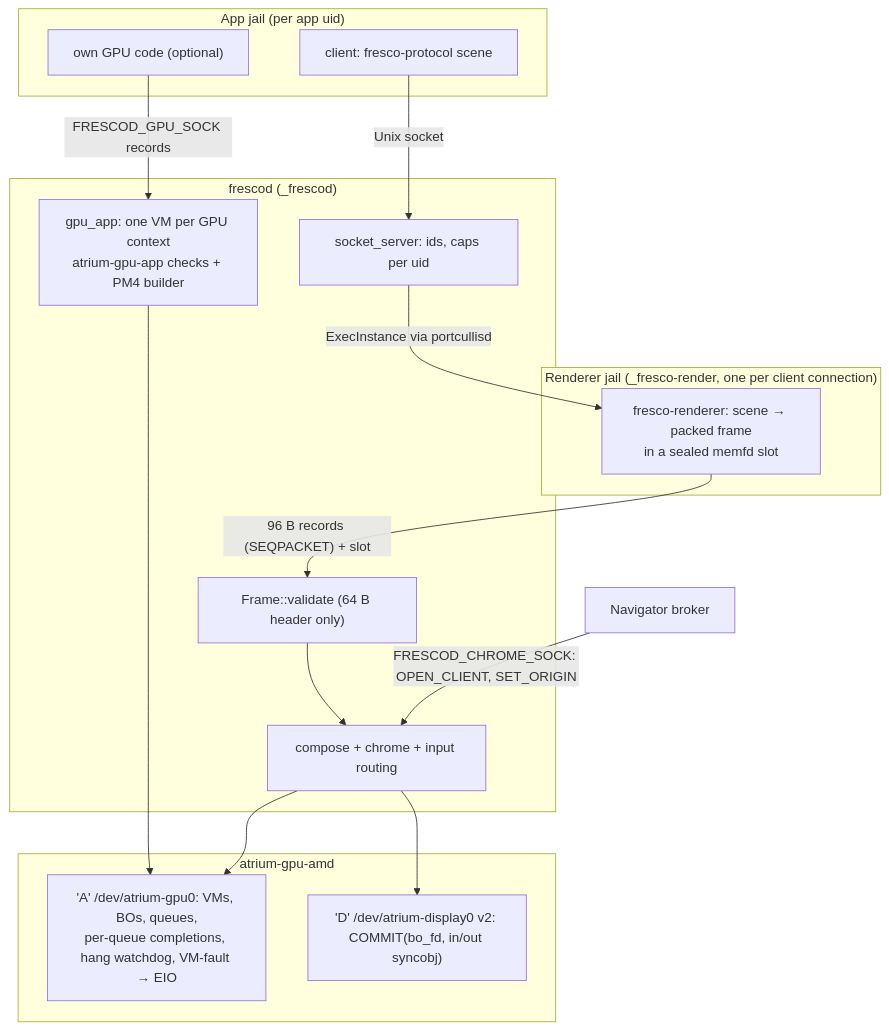
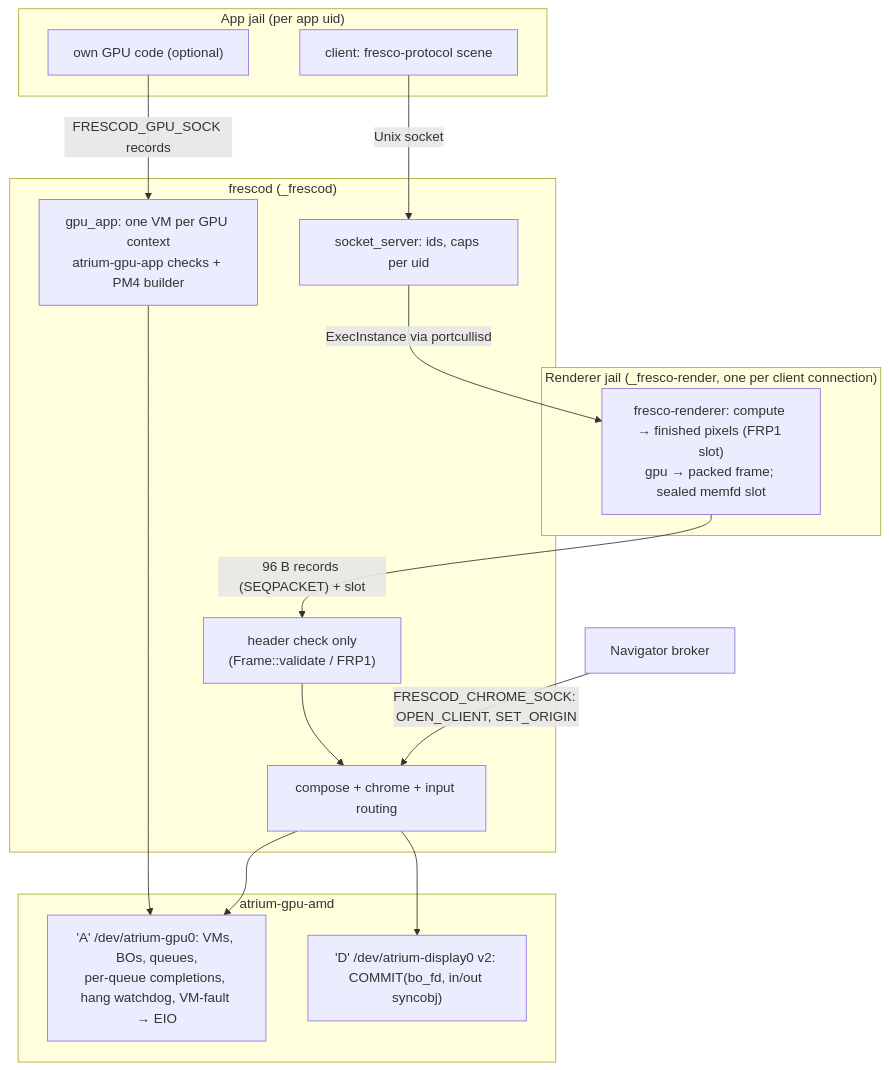
Before and after one commit to atrium-os/atrium: the second of 2 diagrams in docs/GRAPHICS-STACK.md, drawn with Mermaid. The commit also changed other lines of this file and 2 other files, not shown here.

First line of the commit message:
docs: F4g (compute renderer rasters in the client's jail); bespoke x86_64 Tier-2 phases 1-3

````diff
--- a/docs/GRAPHICS-STACK.md
+++ b/docs/GRAPHICS-STACK.md
@@ -120,28 +120,28 @@
 ```mermaid
 flowchart TB
   subgraph APP["App jail (per app uid)"]
     C["client: fresco-protocol scene"]
     G["own GPU code (optional)"]
   end
   subgraph REND["Renderer jail (_fresco-render, one per client connection)"]
-    R["fresco-renderer: scene → packed frame<br/>in a sealed memfd slot"]
+    R["fresco-renderer: compute → finished pixels (FRP1 slot)<br/>gpu → packed frame; sealed memfd slot"]
   end
   subgraph BROKER["frescod (_frescod)"]
     S["socket_server: ids, caps per uid"]
-    V["Frame::validate (64 B header only)"]
+    V["header check only<br/>(Frame::validate / FRP1)"]
     K["compose + chrome + input routing"]
     GA["gpu_app: one VM per GPU context<br/>atrium-gpu-app checks + PM4 builder"]
   end
   subgraph KERN["atrium-gpu-amd"]
     A["'A' /dev/atrium-gpu0: VMs, BOs, queues,<br/>per-queue completions, hang watchdog, VM-fault → EIO"]
     D["'D' /dev/atrium-display0 v2: COMMIT(bo_fd, in/out syncobj)"]
   end
   NAV["Navigator broker"] -- "FRESCOD_CHROME_SOCK: OPEN_CLIENT, SET_ORIGIN" --> K
   C -- "Unix socket" --> S
   S -- "ExecInstance via portcullisd" --> R
   R -- "96 B records (SEQPACKET) + slot" --> V --> K
   G -- "FRESCOD_GPU_SOCK records" --> GA
   K --> A
   GA --> A
   K --> D
 ```
````
